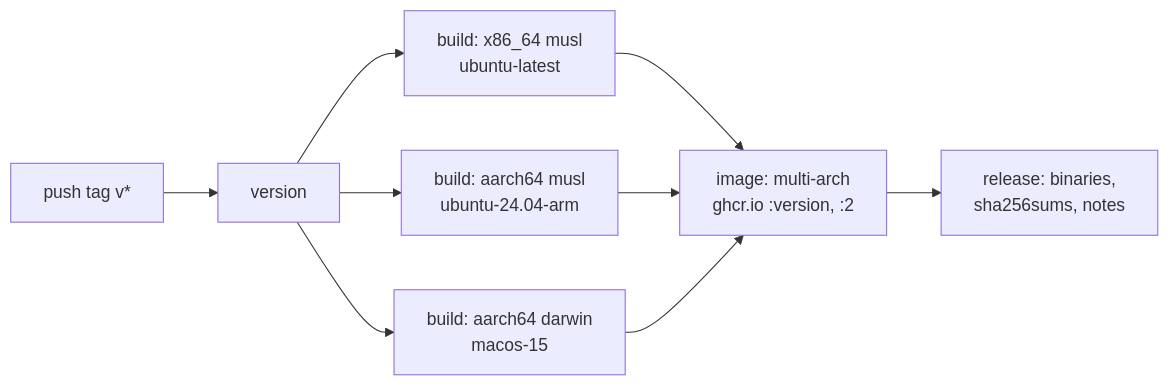
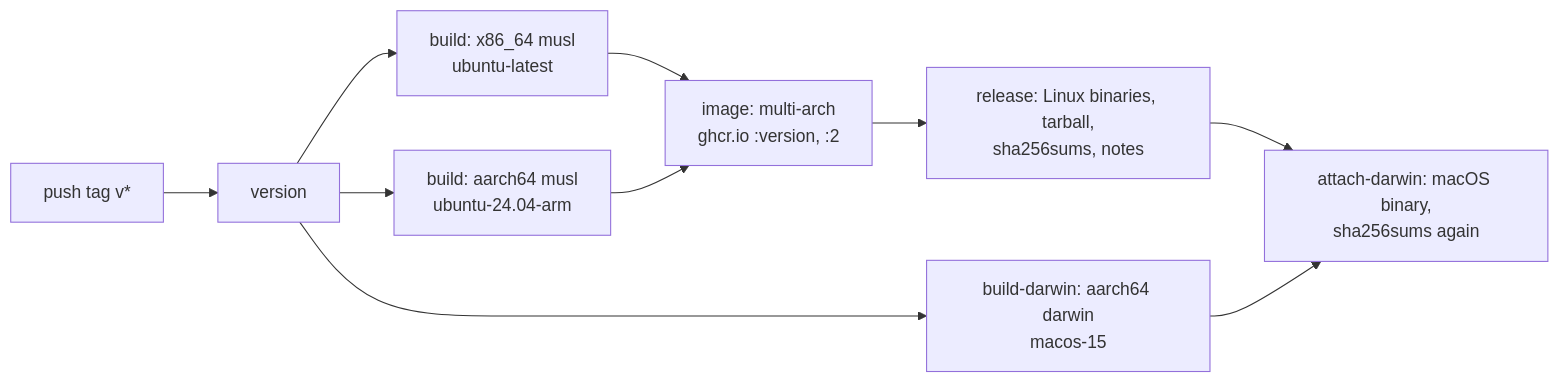
One commit to NinjaGoldfinch/riot-proxy changed the second of 2 diagrams in docs/workflows/ci.md. Above: the diagram before and after it, drawn with Mermaid. The commit also changed other lines of this file and 8 other files, not shown here.

First line of the commit message:
ci(release): publish without waiting for the macOS build (DEP-04) (#251)

````diff
--- a/docs/workflows/ci.md
+++ b/docs/workflows/ci.md
@@ -159,9 +159,10 @@
 ```mermaid
 flowchart LR
     tag["push tag v*"] --> version
     version --> b1["build: x86_64 musl<br/>ubuntu-latest"]
     version --> b2["build: aarch64 musl<br/>ubuntu-24.04-arm"]
-    version --> b3["build: aarch64 darwin<br/>macos-15"]
-    b1 & b2 & b3 --> image["image: multi-arch<br/>ghcr.io :version, :2"]
-    image --> release["release: binaries,<br/>sha256sums, notes"]
+    version --> b3["build-darwin: aarch64 darwin<br/>macos-15"]
+    b1 & b2 --> image["image: multi-arch<br/>ghcr.io :version, :2"]
+    image --> release["release: Linux binaries, tarball,<br/>sha256sums, notes"]
+    release & b3 --> attach["attach-darwin: macOS binary,<br/>sha256sums again"]
 ```
````
